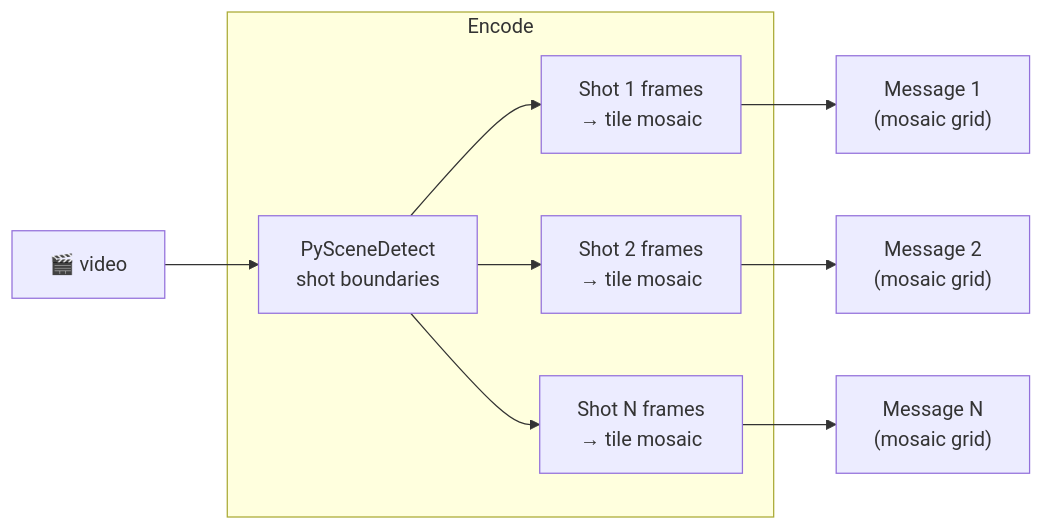
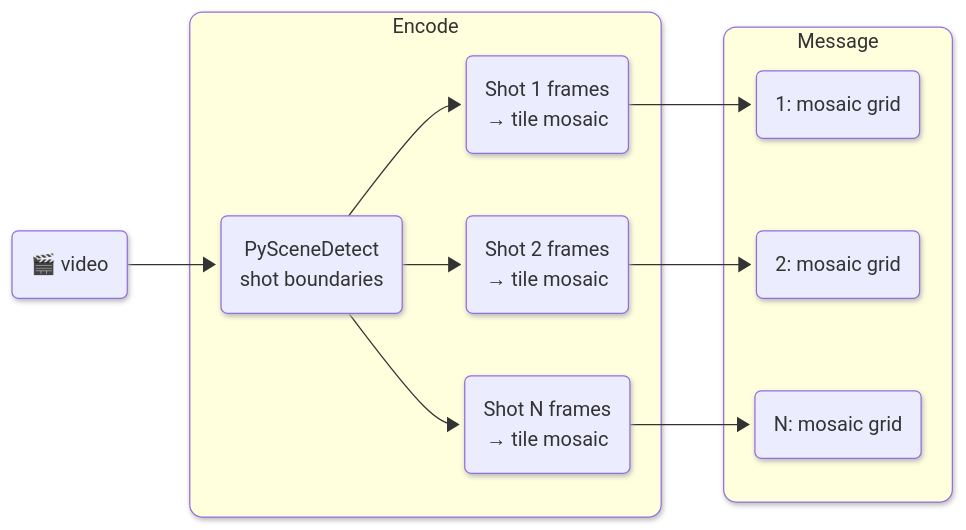
Before and after one commit to vlm-run/mm: the eighth of 17 diagrams in docs/ENCODERS.md, drawn with Mermaid. The commit also changed other lines of this file and 1 other file, not shown here.

Commit message:
Use a proper message block with subgroups (#146)

````diff
--- a/docs/ENCODERS.md
+++ b/docs/ENCODERS.md
@@ -183,20 +218,25 @@
 ```mermaid
+%%{init: {'look': 'neo'} }%%
 graph LR
-  video["🎬 video"]
+  video("🎬 video")
 
   subgraph encode ["Encode"]
-    detect["PySceneDetect\nshot boundaries"]
-    s1["Shot 1 frames\n→ tile mosaic"]
-    s2["Shot 2 frames\n→ tile mosaic"]
-    s3["Shot N frames\n→ tile mosaic"]
+    detect("PySceneDetect\nshot boundaries")
+    s1("Shot 1 frames\n→ tile mosaic")
+    s2("Shot 2 frames\n→ tile mosaic")
+    s3("Shot N frames\n→ tile mosaic")
   end
 
-  m1["Message 1\n(mosaic grid)"]
-  m2["Message 2\n(mosaic grid)"]
-  m3["Message N\n(mosaic grid)"]
+  subgraph message ["Message"]
+    m1("1: mosaic grid")
+    m2("2: mosaic grid")
+    m3("N: mosaic grid")
+  end
 
   video --> detect
   detect --> s1 --> m1
   detect --> s2 --> m2
   detect --> s3 --> m3
+  style encode rx:10px,ry:10px
+  style message rx:10px,ry:10px
 ```
````
